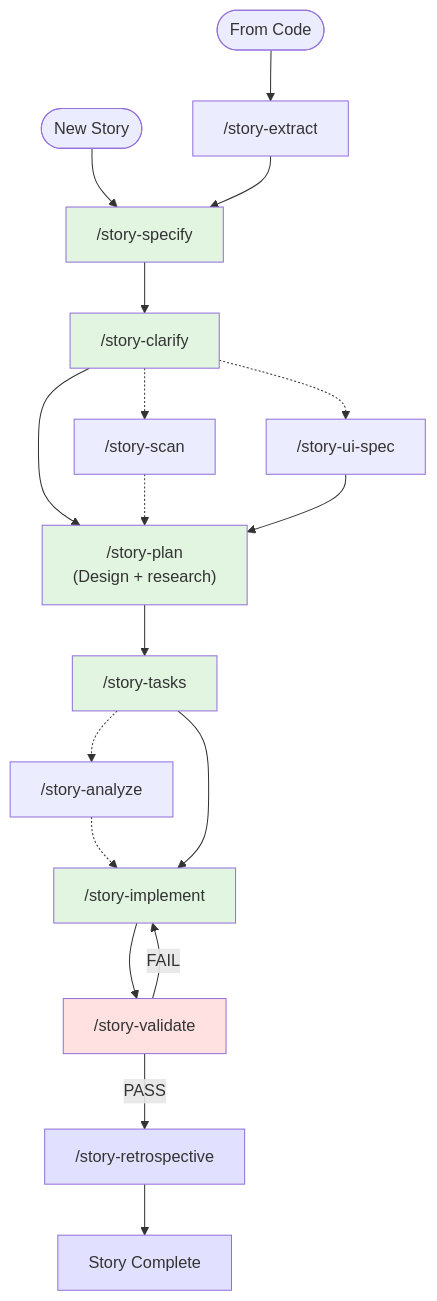
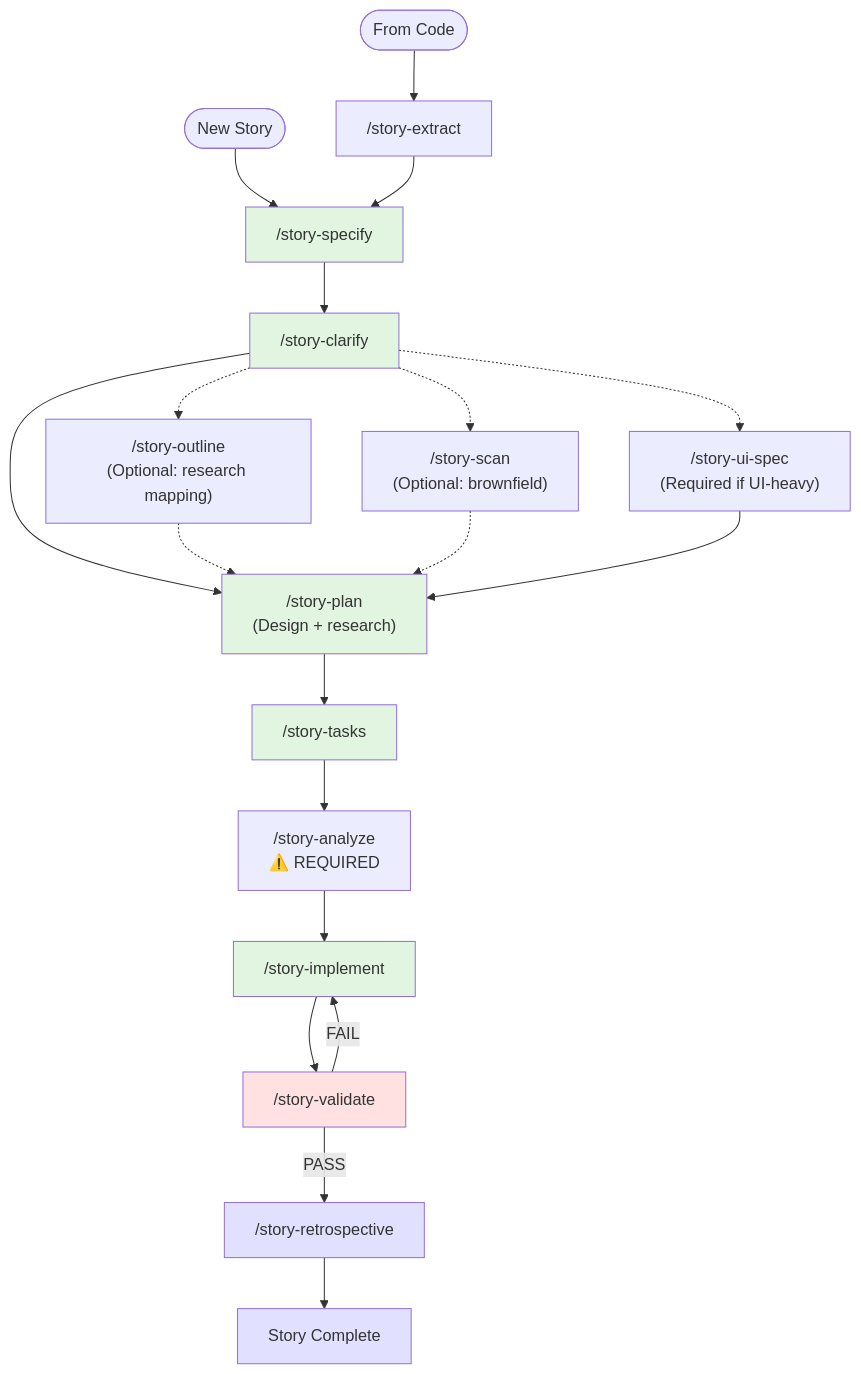
Before and after one commit to telum-ai/speck: the third of 3 diagrams in .speck/README.md, drawn with Mermaid. The commit also changed other lines of this file and 15 other files, not shown here.

````diff
--- a/.speck/README.md
+++ b/.speck/README.md
@@ -203,48 +203,51 @@
 ```mermaid
 graph TD
     StoryStart([New Story]) --> storySpecify
     ExtractStart([From Code]) --> storyExtract
     storyExtract --> storySpecify
     
     storySpecify --> storyClarify
     storyClarify --> storyPlan
     
+    storyClarify -.-> storyOutline
+    storyOutline -.-> storyPlan
+    
     storyClarify -.-> storyScan
     storyScan -.-> storyPlan
     
     storyClarify -.-> storyUISpec
     storyUISpec --> storyPlan
     
     storyPlan --> storyTasks
     
-    storyTasks -.-> storyAnalyze
-    storyAnalyze -.-> storyImplement
+    storyTasks --> storyAnalyze
+    storyAnalyze --> storyImplement
     
-    storyTasks --> storyImplement
     storyImplement --> storyValidate
     
     storyValidate --> |PASS| storyRetro
     storyRetro --> done["Story Complete"]
     storyValidate --> |FAIL| storyImplement
     
     storySpecify["/story-specify"]
     storyExtract["/story-extract"]
     storyClarify["/story-clarify"]
+    storyOutline["/story-outline<br/>(Optional: research mapping)"]
     storyPlan["/story-plan<br/>(Design + research)"]
-    storyScan["/story-scan"]
-    storyUISpec["/story-ui-spec"]
+    storyScan["/story-scan<br/>(Optional: brownfield)"]
+    storyUISpec["/story-ui-spec<br/>(Required if UI-heavy)"]
     storyTasks["/story-tasks"]
     storyImplement["/story-implement"]
-    storyAnalyze["/story-analyze"]
+    storyAnalyze["/story-analyze<br/>⚠️ REQUIRED"]
     storyValidate["/story-validate"]
     storyRetro["/story-retrospective"]
     
     style storySpecify fill:#e1f5e1
     style storyClarify fill:#e1f5e1
     style storyPlan fill:#e1f5e1
     style storyTasks fill:#e1f5e1
     style storyImplement fill:#e1f5e1
     style storyValidate fill:#ffe1e1
     style storyRetro fill:#e1e1ff
     style done fill:#e1e1ff
 ```
````
